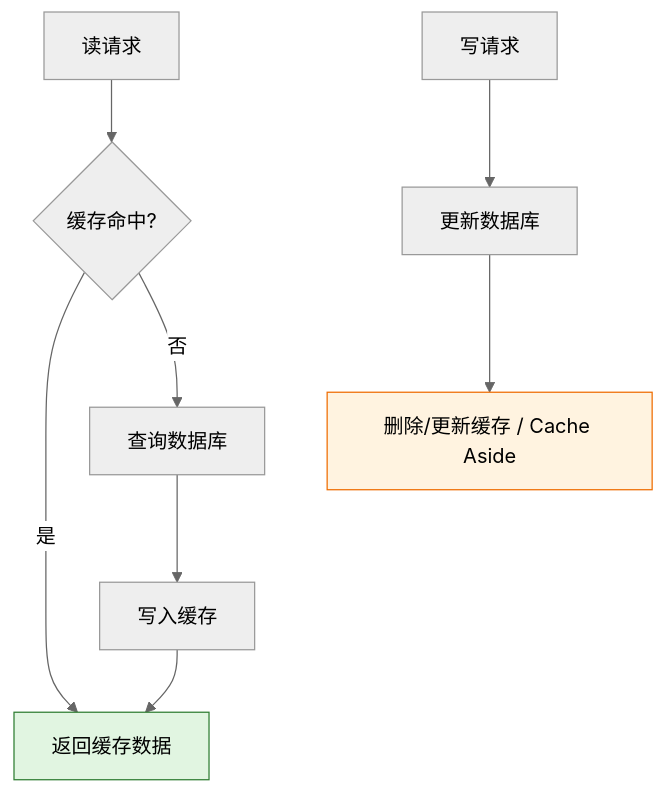
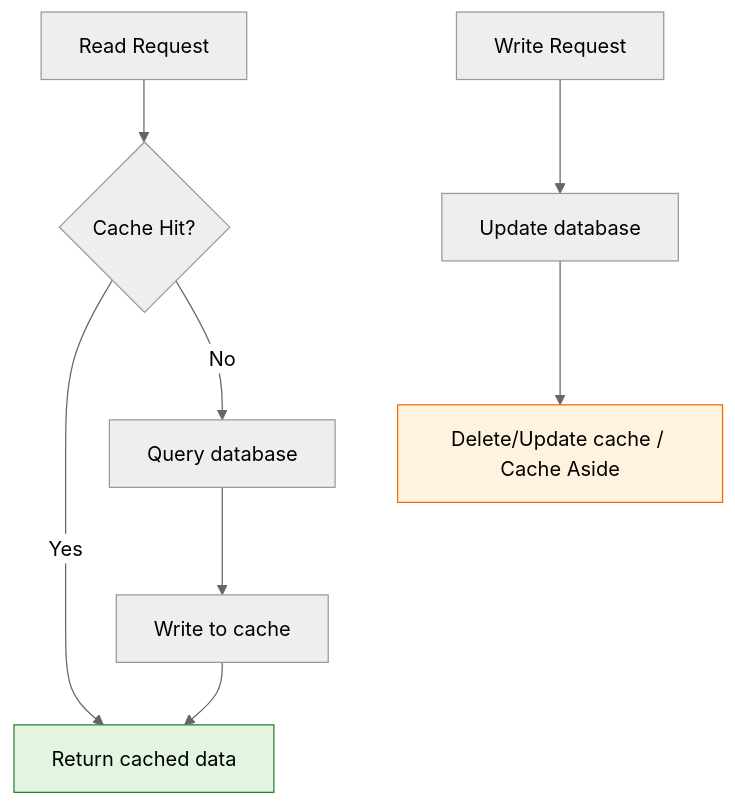
One commit to Kirky-X/cangjie changed diagram 14 of 15 in templates/产品/技术层/【模板】架构设计文档.md. Above: the diagram before and after it, drawn with Mermaid (neutral theme). The commit also changed other lines of this file and 46 other files, not shown here.

````diff
--- a/templates/产品/技术层/【模板】架构设计文档.md
+++ b/templates/产品/技术层/【模板】架构设计文档.md
@@ -646,13 +646,13 @@
 ```mermaid
 flowchart TD
-    A[读请求] --> B{缓存命中?}
-    B -->|是| C[返回缓存数据]
-    B -->|否| D[查询数据库]
-    D --> E[写入缓存]
+    A[Read Request] --> B{Cache Hit?}
+    B -->|Yes| C[Return cached data]
+    B -->|No| D[Query database]
+    D --> E[Write to cache]
     E --> C
-    F[写请求] --> G[更新数据库]
-    G --> H[删除/更新缓存 / Cache Aside]
+    F[Write Request] --> G[Update database]
+    G --> H[Delete/Update cache / Cache Aside]
 
     style C fill:#e1f5e1,stroke:#2e7d32
     style H fill:#fff3e0,stroke:#ef6c00
 ```
````
